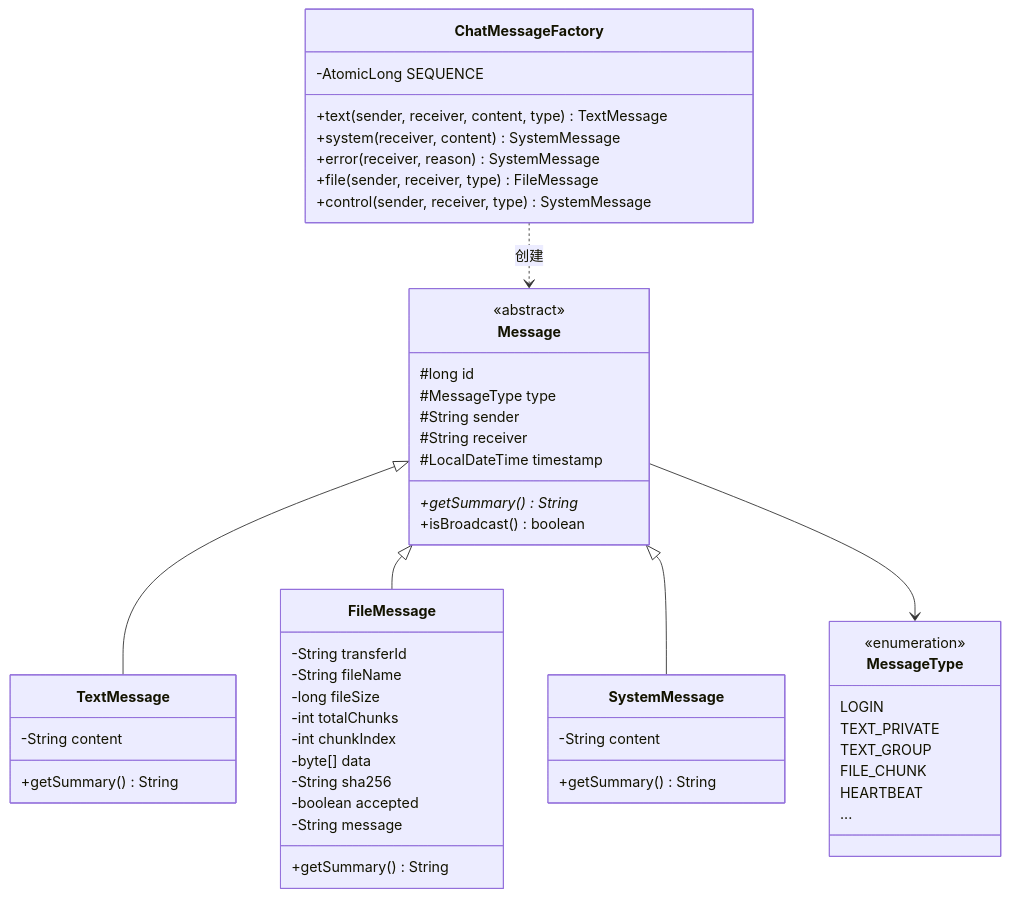
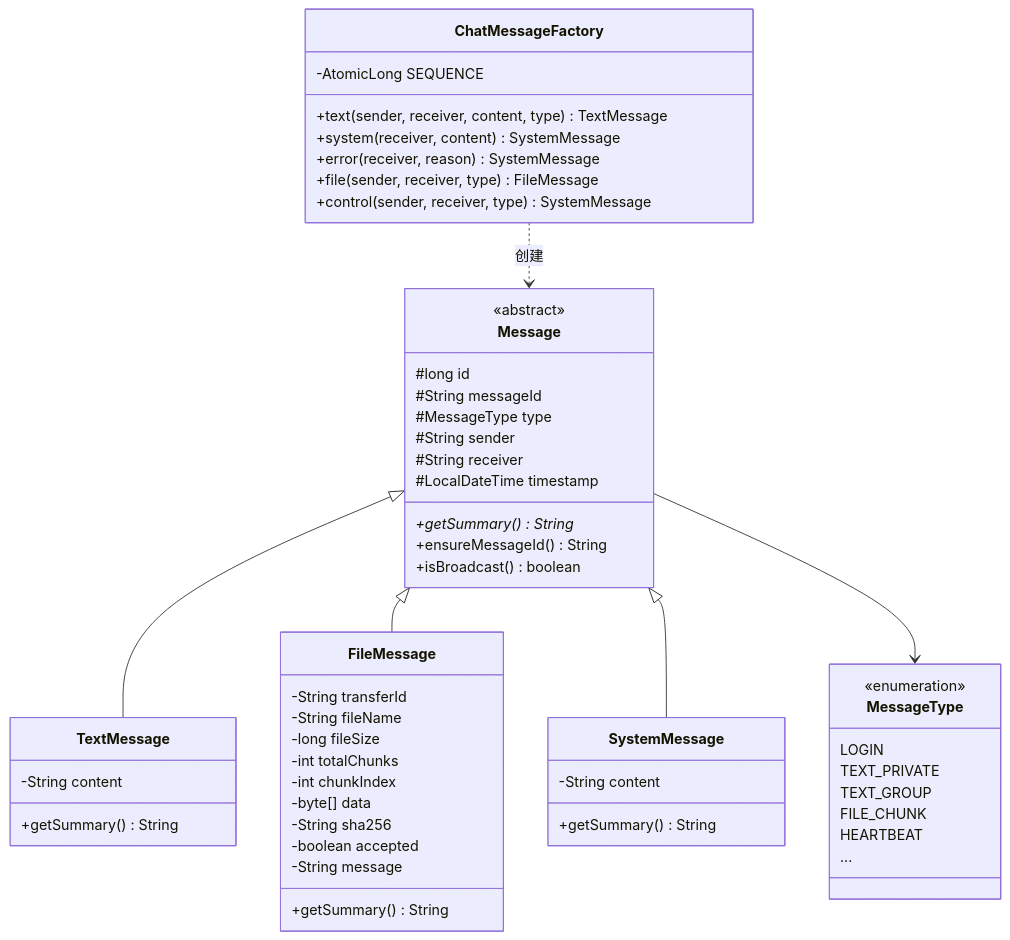
The fourth of 12 diagrams in docs/report/课程设计报告.md (FeiTwnd/lanchat), drawn with Mermaid before and after one commit. The commit also changed other lines of this file and 9 other files, not shown here.

````diff
--- a/docs/report/课程设计报告.md
+++ b/docs/report/课程设计报告.md
@@ -358,57 +360,59 @@
 ```mermaid
 classDiagram
     class Message {
         <<abstract>>
         <<Serializable>>
         #long id
+        #String messageId
         #MessageType type
         #String sender
         #String receiver
         #LocalDateTime timestamp
         +getSummary()* String
+        +ensureMessageId() String
         +isBroadcast() boolean
     }
     class TextMessage {
         -String content
         +getSummary() String
     }
     class FileMessage {
         -String transferId
         -String fileName
         -long fileSize
         -int totalChunks
         -int chunkIndex
         -byte[] data
         -String sha256
         -boolean accepted
         -String message
         +getSummary() String
     }
     class SystemMessage {
         -String content
         +getSummary() String
     }
     class MessageType {
         <<enumeration>>
         LOGIN
         TEXT_PRIVATE
         TEXT_GROUP
         FILE_CHUNK
         HEARTBEAT
         ...
     }
     class ChatMessageFactory {
         -AtomicLong SEQUENCE
         +text(sender, receiver, content, type) TextMessage
         +system(receiver, content) SystemMessage
         +error(receiver, reason) SystemMessage
         +file(sender, receiver, type) FileMessage
         +control(sender, receiver, type) SystemMessage
     }
 
     Message <|-- TextMessage
     Message <|-- FileMessage
     Message <|-- SystemMessage
     Message --> MessageType
     ChatMessageFactory ..> Message : 创建
 ```
````
